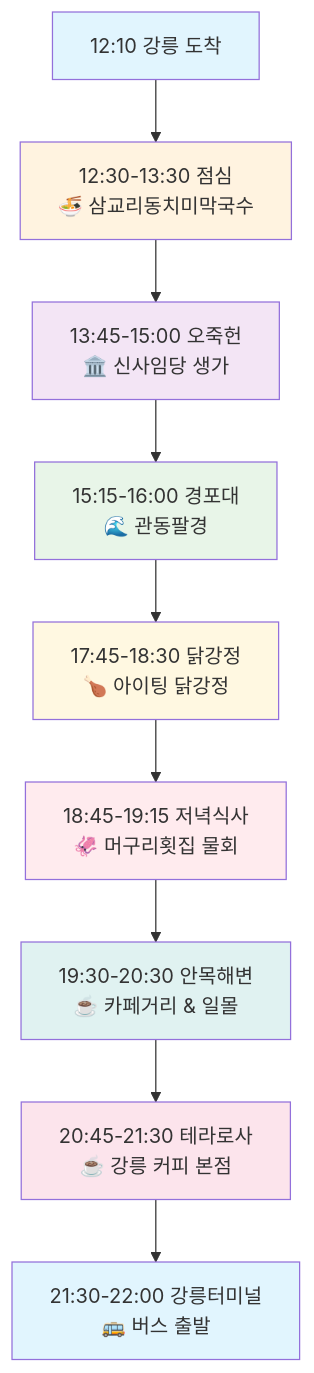
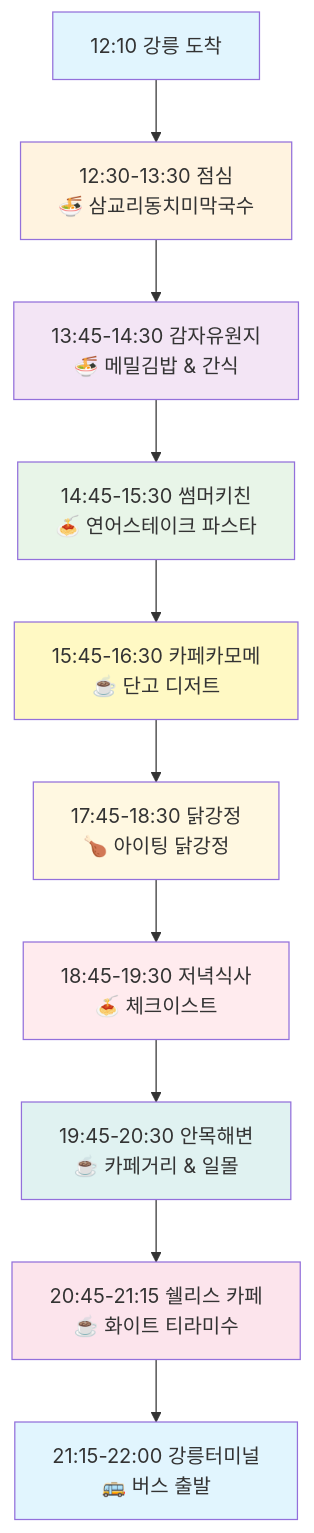
One commit to didghwns0514/matjib_search changed the diagram in README.md. Above: the diagram before and after it, drawn with Mermaid. The commit also changed other lines of this file and 3 other files, not shown here.

````diff
--- a/README.md
+++ b/README.md
@@ -49,21 +49,23 @@
 ```mermaid
 graph TD
     A[12:10 강릉 도착] --> B[12:30-13:30 점심<br/>🍜 삼교리동치미막국수]
-    B --> C[13:45-15:00 오죽헌<br/>🏛️ 신사임당 생가]
-    C --> D[15:15-16:00 경포대<br/>🌊 관동팔경]
-    D --> F[17:45-18:30 닭강정<br/>🍗 아이팅 닭강정]
-    F --> G[18:45-19:15 저녁식사<br/>🦑 머구리횟집 물회]
-    G --> H[19:30-20:30 안목해변<br/>☕ 카페거리 & 일몰]
-    H --> I[20:45-21:30 테라로사<br/>☕ 강릉 커피 본점]
-    I --> J[21:30-22:00 강릉터미널<br/>🚌 버스 출발]
+    B --> C[13:45-14:30 감자유원지<br/>🍜 메밀김밥 & 간식]
+    C --> D[14:45-15:30 썸머키친<br/>🍝 연어스테이크 파스타]
+    D --> E[15:45-16:30 카페카모메<br/>☕ 단고 디저트]
+    E --> F[17:45-18:30 닭강정<br/>🍗 아이팅 닭강정]
+    F --> G[18:45-19:30 저녁식사<br/>🍝 체크이스트]
+    G --> H[19:45-20:30 안목해변<br/>☕ 카페거리 & 일몰]
+    H --> I[20:45-21:15 쉘리스 카페<br/>☕ 화이트 티라미수]
+    I --> J[21:15-22:00 강릉터미널<br/>🚌 버스 출발]
 
     style A fill:#e1f5fe
     style B fill:#fff3e0
     style C fill:#f3e5f5
     style D fill:#e8f5e8
+    style E fill:#fff9c4
     style F fill:#fff8e1
     style G fill:#ffebee
     style H fill:#e0f2f1
     style I fill:#fce4ec
     style J fill:#e1f5fe
 ```
````
